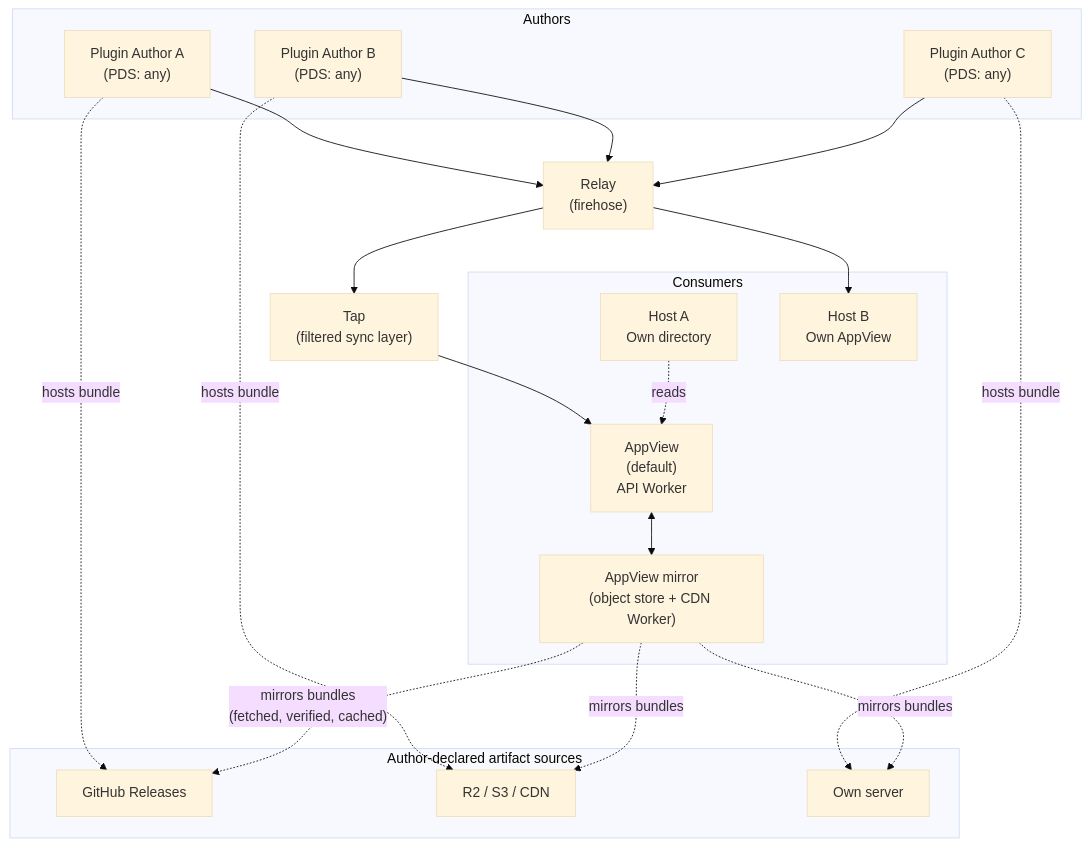
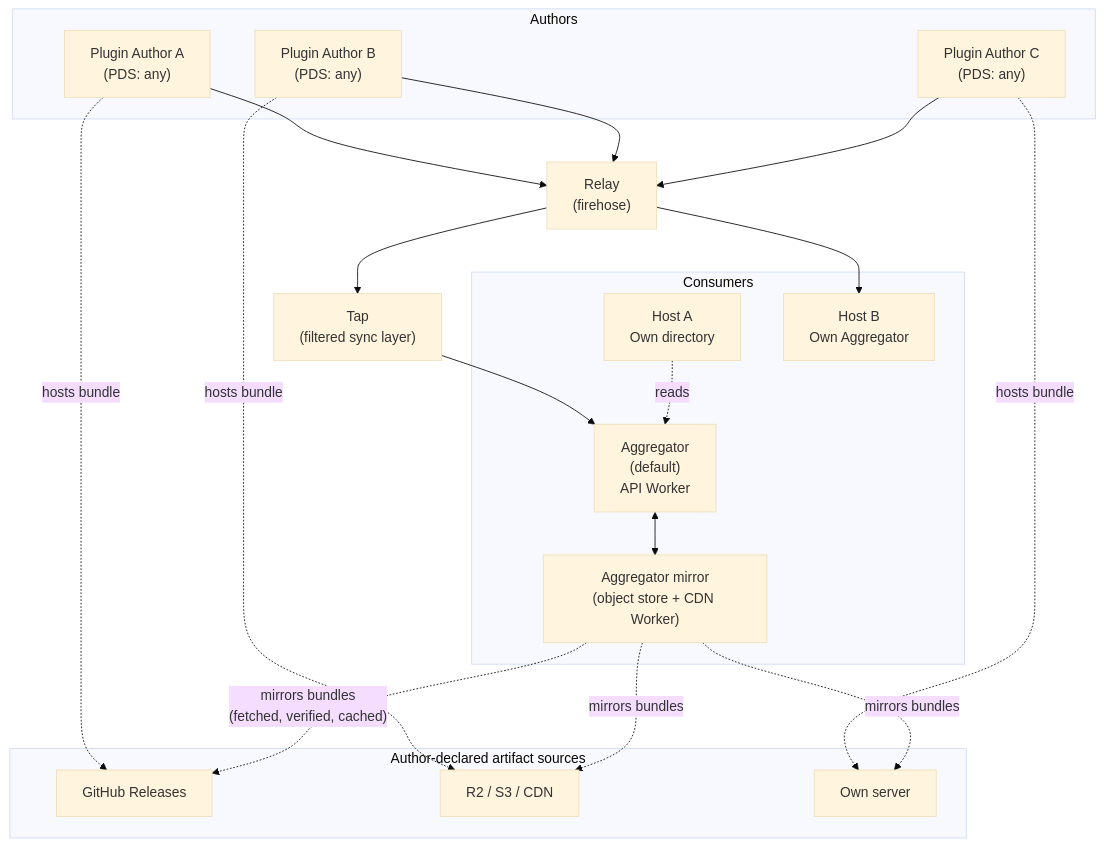
Before and after one commit to emdash-cms/emdash: the first of 3 diagrams in rfcs/0001-plugin-registry.md, drawn with Mermaid (base theme). The commit also changed other lines of this file, not shown here.

````diff
--- a/rfcs/0001-plugin-registry.md
+++ b/rfcs/0001-plugin-registry.md
@@ -219,43 +225,43 @@
 ```mermaid
 graph TD
     subgraph Authors
         A1["Plugin Author A<br/>(PDS: any)"]
         A2["Plugin Author B<br/>(PDS: any)"]
         A3["Plugin Author C<br/>(PDS: any)"]
     end
 
     R["Relay<br/>(firehose)"]
     T["Tap<br/>(filtered sync layer)"]
 
     A1 --> R
     A2 --> R
     A3 --> R
     R --> T
 
     subgraph Consumers
-        AV["AppView<br/>(default)<br/>API Worker"]
-        MIR["AppView mirror<br/>(object store + CDN Worker)"]
+        AV["Aggregator<br/>(default)<br/>API Worker"]
+        MIR["Aggregator mirror<br/>(object store + CDN Worker)"]
         H1["Host A<br/>Own directory"]
-        H2["Host B<br/>Own AppView"]
+        H2["Host B<br/>Own Aggregator"]
     end
 
     T --> AV
     R --> H2
     AV <--> MIR
 
     subgraph "Author-declared artifact sources"
         GH["GitHub Releases"]
         S3["R2 / S3 / CDN"]
         OWN["Own server"]
     end
 
     A1 -.->|"hosts bundle"| GH
     A2 -.->|"hosts bundle"| S3
     A3 -.->|"hosts bundle"| OWN
 
     MIR -.->|"mirrors bundles<br/>(fetched, verified, cached)"| GH
     MIR -.->|"mirrors bundles"| S3
     MIR -.->|"mirrors bundles"| OWN
 
     H1 -.->|"reads"| AV
 ```
````
